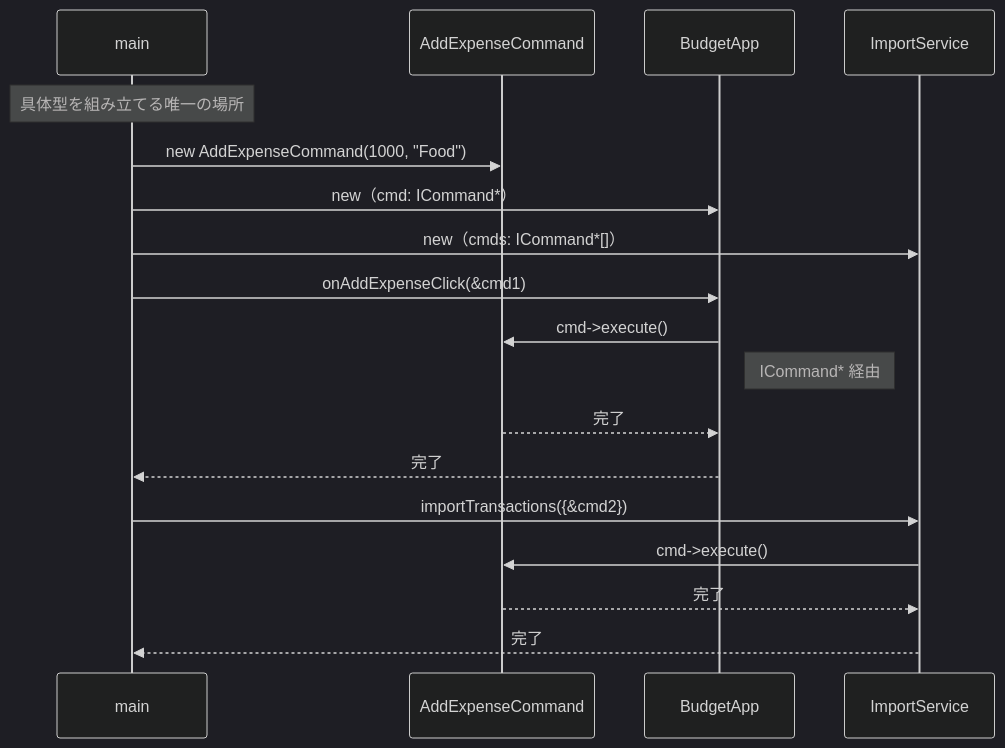
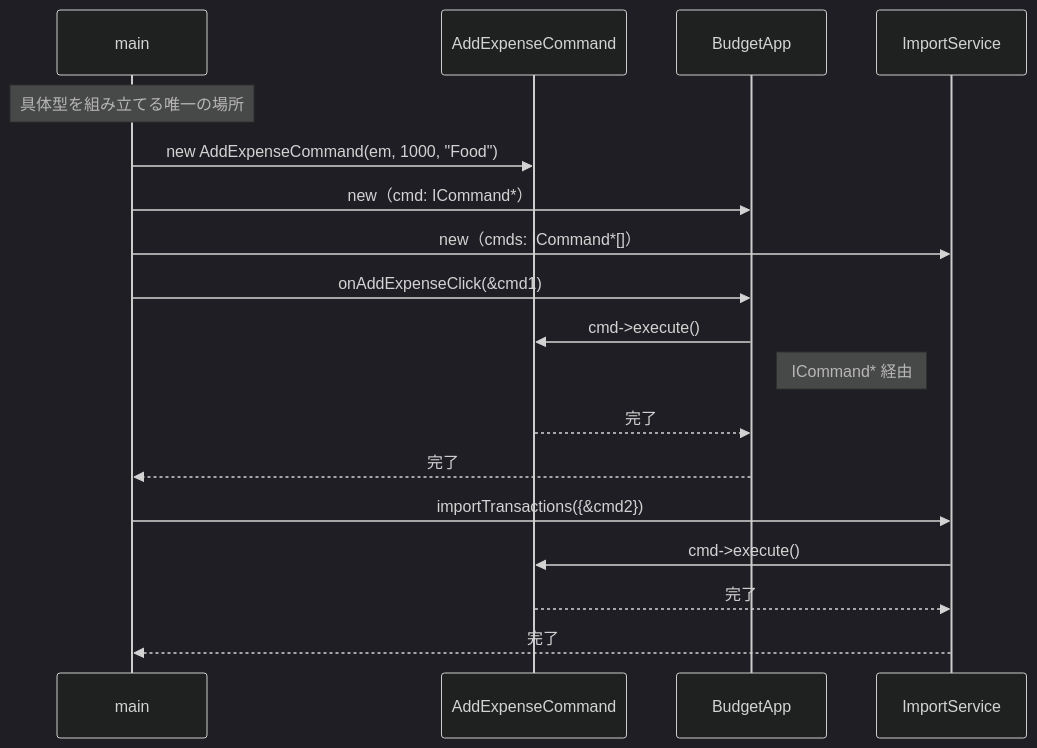
The ninth of 13 diagrams in kindle/design-patterns/output/chapter05.md (kumachan1101-pixel/DesignPattern), drawn with Mermaid (dark theme) before and after one commit. The commit also changed other lines of this file and 1 other file, not shown here.

````diff
--- a/kindle/design-patterns/output/chapter05.md
+++ b/kindle/design-patterns/output/chapter05.md
@@ -726,20 +826,20 @@
 ```mermaid
 sequenceDiagram
     participant main
     participant AEC as AddExpenseCommand
     participant BA as BudgetApp
     participant IS as ImportService
     Note over main: 具体型を組み立てる唯一の場所
-    main->>AEC: new AddExpenseCommand(1000, "Food")
+    main->>AEC: new AddExpenseCommand(em, 1000, "Food")
     main->>BA: new（cmd: ICommand*）
     main->>IS: new（cmds: ICommand*[]）
     main->>BA: onAddExpenseClick(&cmd1)
     BA->>AEC: cmd->execute()
     Note right of BA: ICommand* 経由
     AEC-->>BA: 完了
     BA-->>main: 完了
     main->>IS: importTransactions({&cmd2})
     IS->>AEC: cmd->execute()
     AEC-->>IS: 完了
     IS-->>main: 完了
 ```
````
